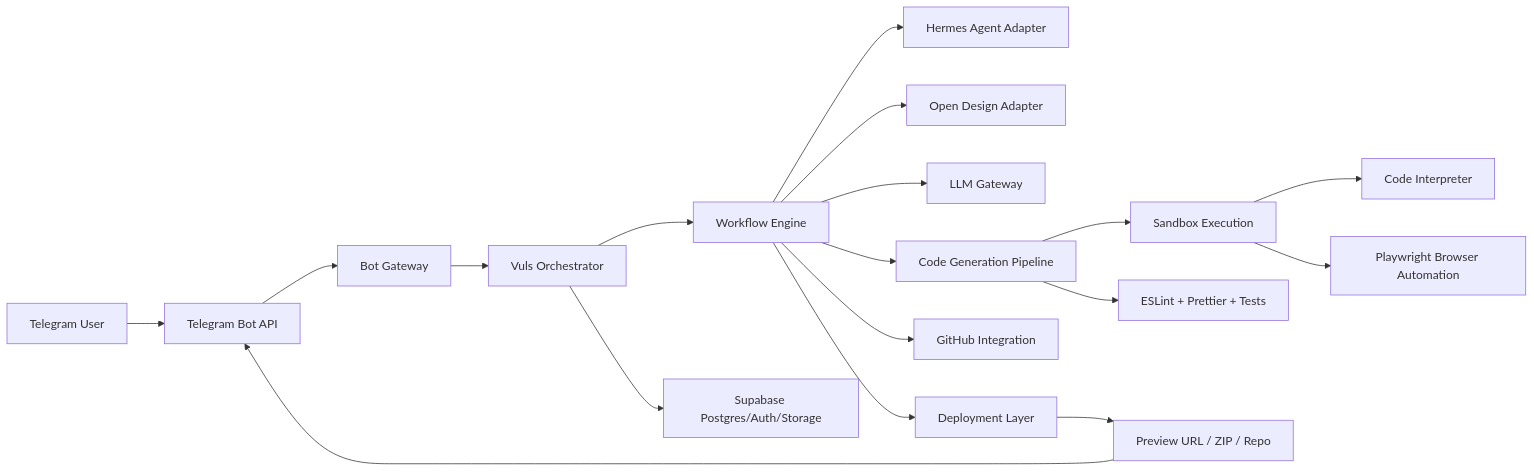
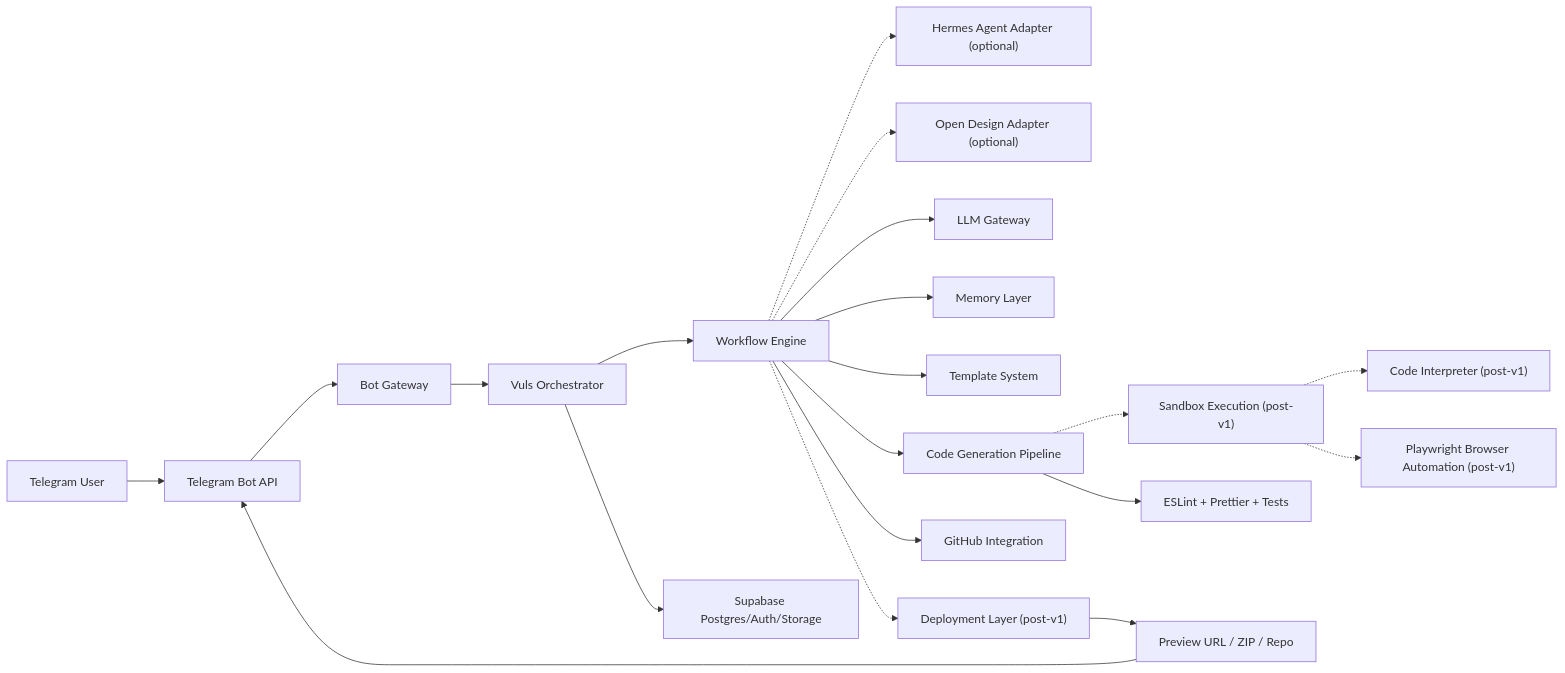
One commit to ChernobyRUSIAN/AI- changed the second of 4 diagrams in docs/superpowers/specs/2026-06-01-vuls-architecture-design.md. Above: the diagram before and after it, drawn with Mermaid. The commit also changed other lines of this file, not shown here.

Commit message:
docs: finalize Vuls v1 architecture

````diff
--- a/docs/superpowers/specs/2026-06-01-vuls-architecture-design.md
+++ b/docs/superpowers/specs/2026-06-01-vuls-architecture-design.md
@@ -122,20 +230,22 @@
 ```mermaid
 flowchart LR
   User["Telegram User"] --> Telegram["Telegram Bot API"]
   Telegram --> Bot["Bot Gateway"]
   Bot --> Orchestrator["Vuls Orchestrator"]
   Orchestrator --> Workflow["Workflow Engine"]
-  Workflow --> Hermes["Hermes Agent Adapter"]
-  Workflow --> Design["Open Design Adapter"]
+  Workflow -.-> Hermes["Hermes Agent Adapter (optional)"]
+  Workflow -.-> Design["Open Design Adapter (optional)"]
   Workflow --> LLM["LLM Gateway"]
+  Workflow --> Memory["Memory Layer"]
+  Workflow --> Templates["Template System"]
   Workflow --> CodeGen["Code Generation Pipeline"]
-  CodeGen --> Sandbox["Sandbox Execution"]
-  Sandbox --> Interpreter["Code Interpreter"]
-  Sandbox --> Browser["Playwright Browser Automation"]
+  CodeGen -.-> Sandbox["Sandbox Execution (post-v1)"]
+  Sandbox -.-> Interpreter["Code Interpreter (post-v1)"]
+  Sandbox -.-> Browser["Playwright Browser Automation (post-v1)"]
   CodeGen --> Quality["ESLint + Prettier + Tests"]
   Workflow --> GitHub["GitHub Integration"]
-  Workflow --> Deploy["Deployment Layer"]
+  Workflow -.-> Deploy["Deployment Layer (post-v1)"]
   Orchestrator --> Supabase["Supabase Postgres/Auth/Storage"]
   Deploy --> Preview["Preview URL / ZIP / Repo"]
   Preview --> Telegram
 ```
````
